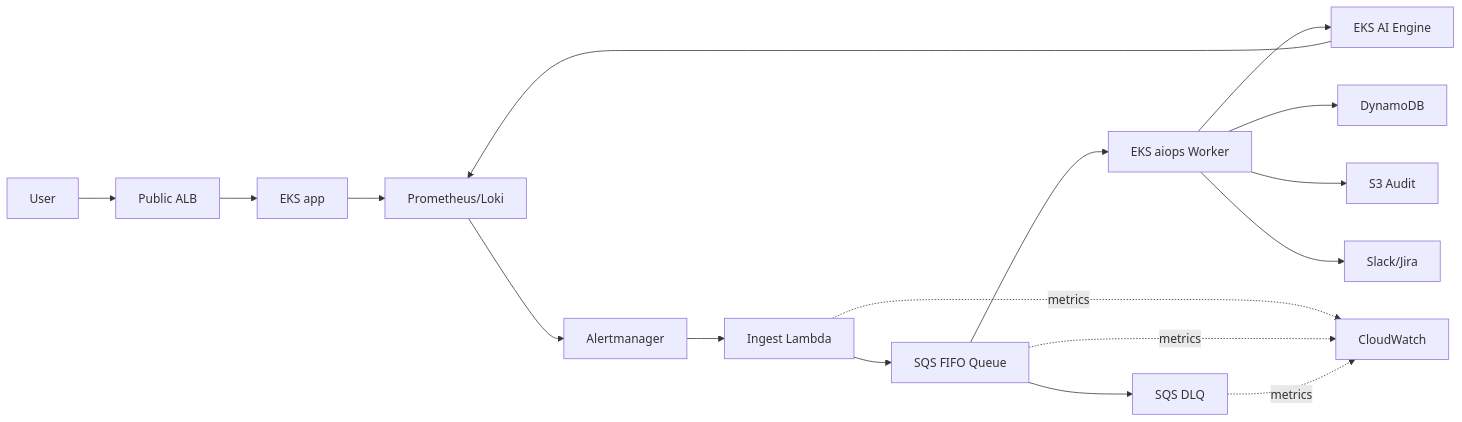
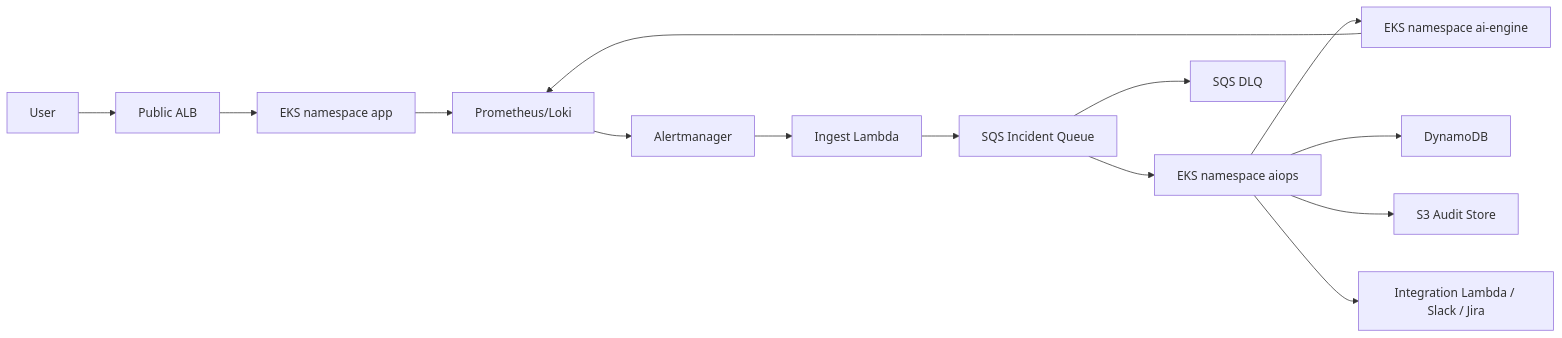
One commit to pkhoa011004/App_captone_phase2 changed the diagram in docs/03_security_design.md. Above: the diagram before and after it, drawn with Mermaid. The commit also changed other lines of this file, not shown here.

````diff
--- a/docs/03_security_design.md
+++ b/docs/03_security_design.md
@@ -43,19 +75,16 @@
 ```mermaid
 flowchart LR
     User --> ALB[Public ALB]
-    ALB --> APP[EKS app]
+    ALB --> APP[EKS namespace app]
     APP --> OBS[Prometheus/Loki]
     OBS --> AM[Alertmanager]
     AM --> LAMBDA[Ingest Lambda]
-    LAMBDA --> SQS[SQS FIFO Queue]
-    SQS --> WORKER[EKS aiops Worker]
+    LAMBDA --> SQS[SQS Incident Queue]
+    SQS --> WORKER[EKS namespace aiops]
     SQS --> DLQ[SQS DLQ]
-    WORKER --> AI[EKS AI Engine]
+    WORKER --> AI[EKS namespace ai-engine]
     AI --> OBS
     WORKER --> DDB[DynamoDB]
-    WORKER --> S3[S3 Audit]
-    WORKER --> EXT[Slack/Jira]
-    LAMBDA -.metrics.-> CW[CloudWatch]
-    SQS -.metrics.-> CW
-    DLQ -.metrics.-> CW
+    WORKER --> S3[S3 Audit Store]
+    WORKER --> INTEG[Integration Lambda / Slack / Jira]
 ```
````
